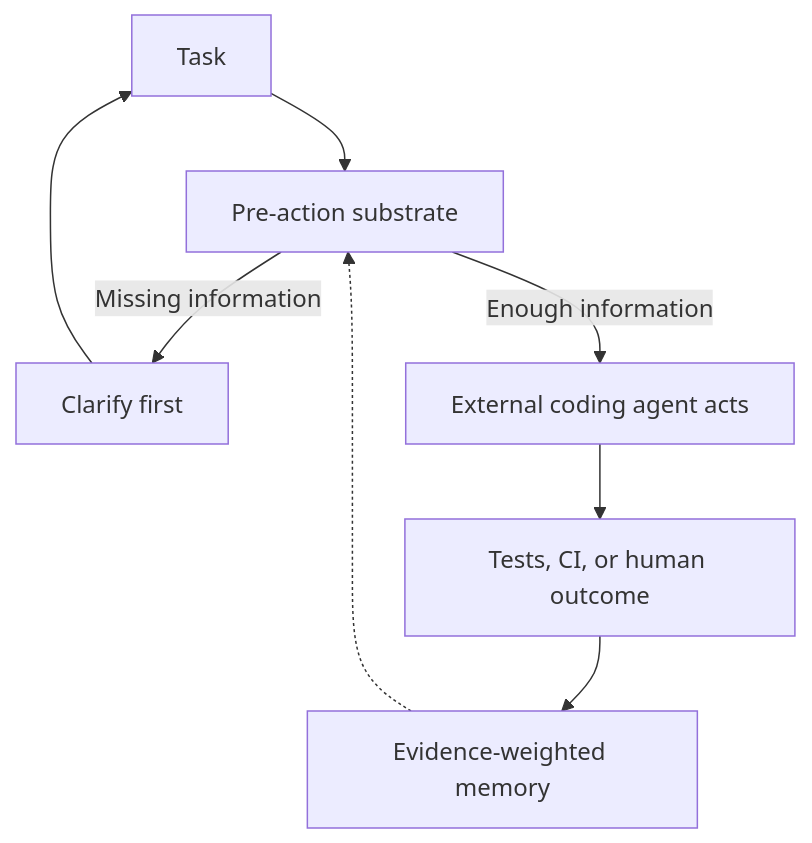
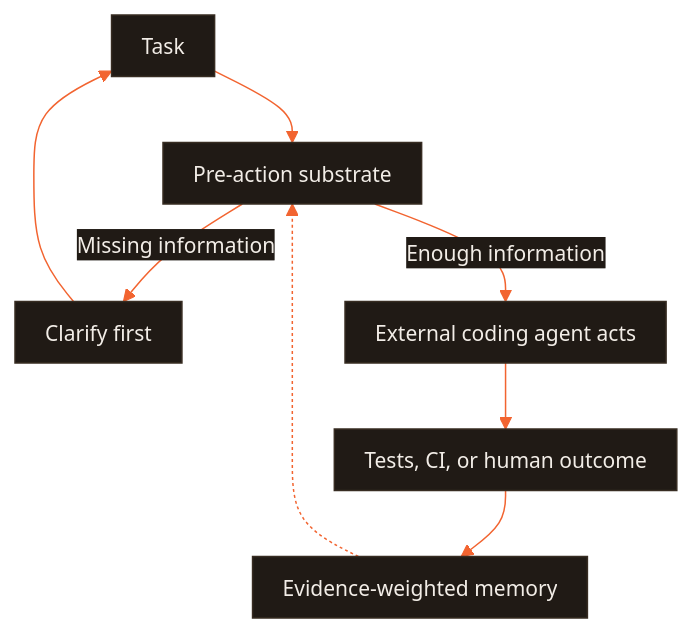
The diagram in README.md (CodeWithJuber/forgekit), drawn with Mermaid before and after one commit. The commit also changed other lines of this file, not shown here.

Commit message:
docs: preserve anchors and branded diagram

````diff
--- a/README.md
+++ b/README.md
@@ -118,10 +118,11 @@
 ```mermaid
+%%{init: {'theme':'base','themeVariables':{'primaryColor':'#201a15','primaryTextColor':'#f2ede7','primaryBorderColor':'#372c22','lineColor':'#f26430','secondaryColor':'#272019','tertiaryColor':'#171310','edgeLabelBackground':'#201a15','clusterBkg':'#171310','clusterBorder':'#4a3b2e','fontFamily':'ui-sans-serif, system-ui, sans-serif','fontSize':'14px'},'flowchart':{'curve':'basis','padding':10,'nodeSpacing':36,'rankSpacing':44}}}%%
 flowchart TD
     T["Task"] --> G["Pre-action substrate"]
     G -->|"Missing information"| Q["Clarify first"]
     Q --> T
     G -->|"Enough information"| A["External coding agent acts"]
     A --> V["Tests, CI, or human outcome"]
     V --> M["Evidence-weighted memory"]
     M -.-> G
 ```
````
